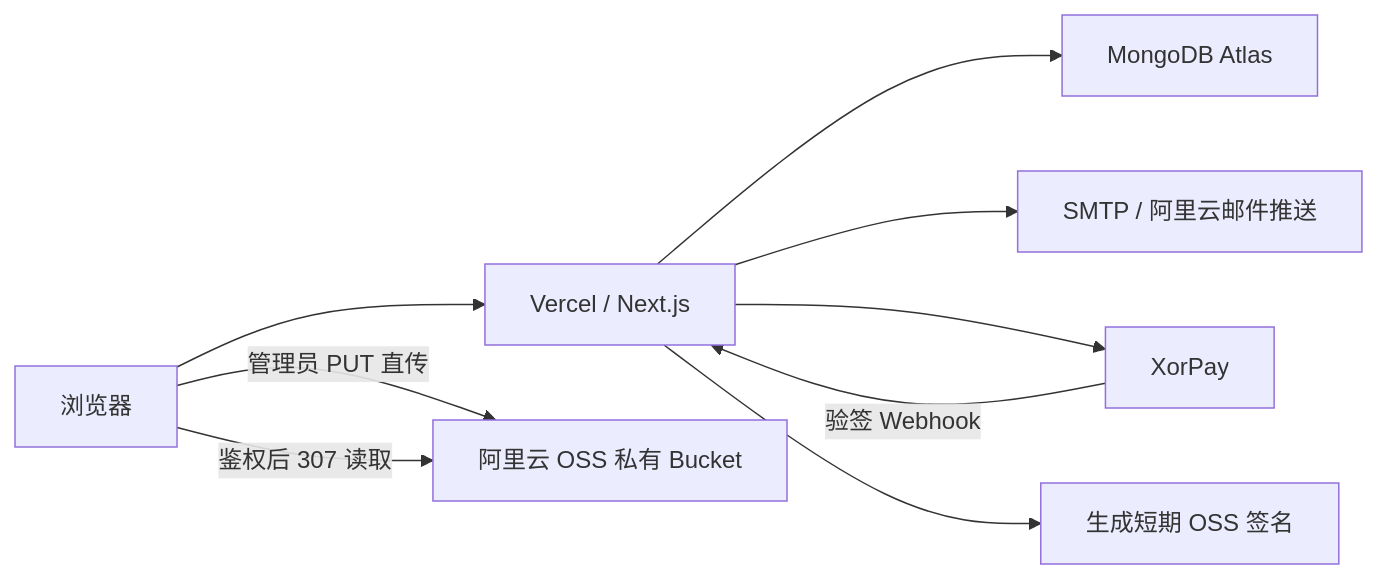
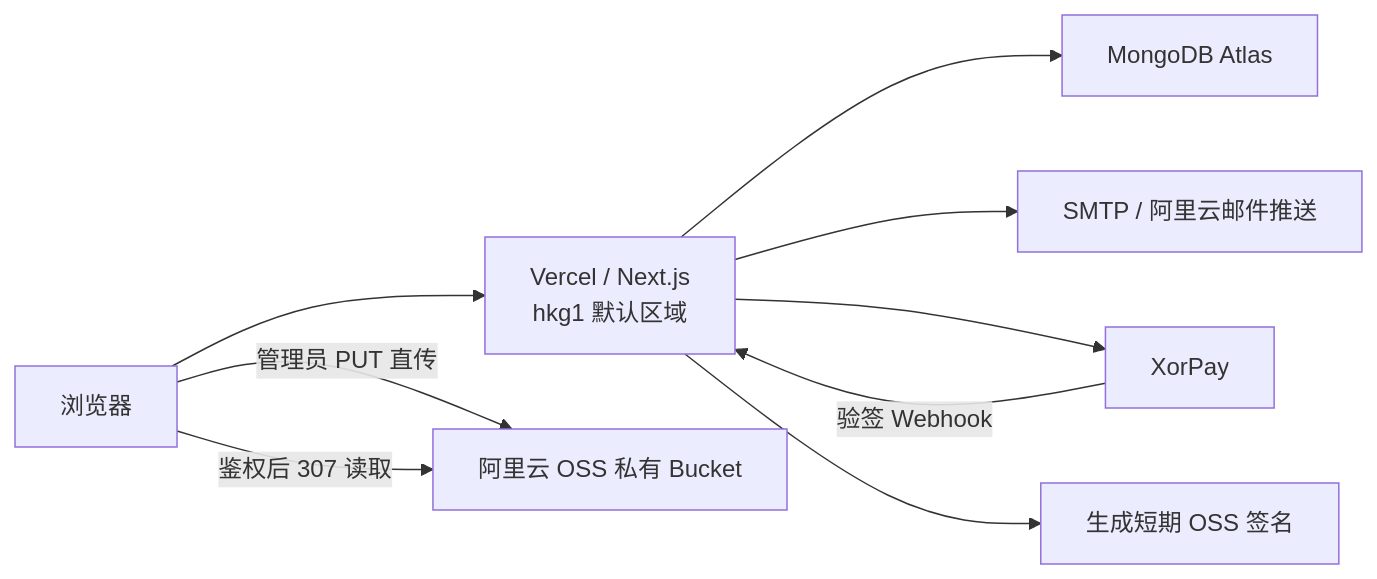
Before and after one commit to CzzzzzzJ/mdldm-knowledge-kit: the sixth of 7 diagrams in ARCHITECTURE.md, drawn with Mermaid. The commit also changed other lines of this file and 118 other files, not shown here.

````diff
--- a/ARCHITECTURE.md
+++ b/ARCHITECTURE.md
@@ -188,11 +191,11 @@
 ```mermaid
 flowchart LR
-    Browser["浏览器"] --> Vercel["Vercel / Next.js"]
+    Browser["浏览器"] --> Vercel["Vercel / Next.js<br/>hkg1 默认区域"]
     Vercel --> Atlas["MongoDB Atlas"]
     Vercel --> SMTP["SMTP / 阿里云邮件推送"]
     Vercel --> XorPay["XorPay"]
     XorPay -->|"验签 Webhook"| Vercel
     Vercel --> Signed["生成短期 OSS 签名"]
     Browser -->|"管理员 PUT 直传"| OSS["阿里云 OSS 私有 Bucket"]
     Browser -->|"鉴权后 307 读取"| OSS
 ```
````
